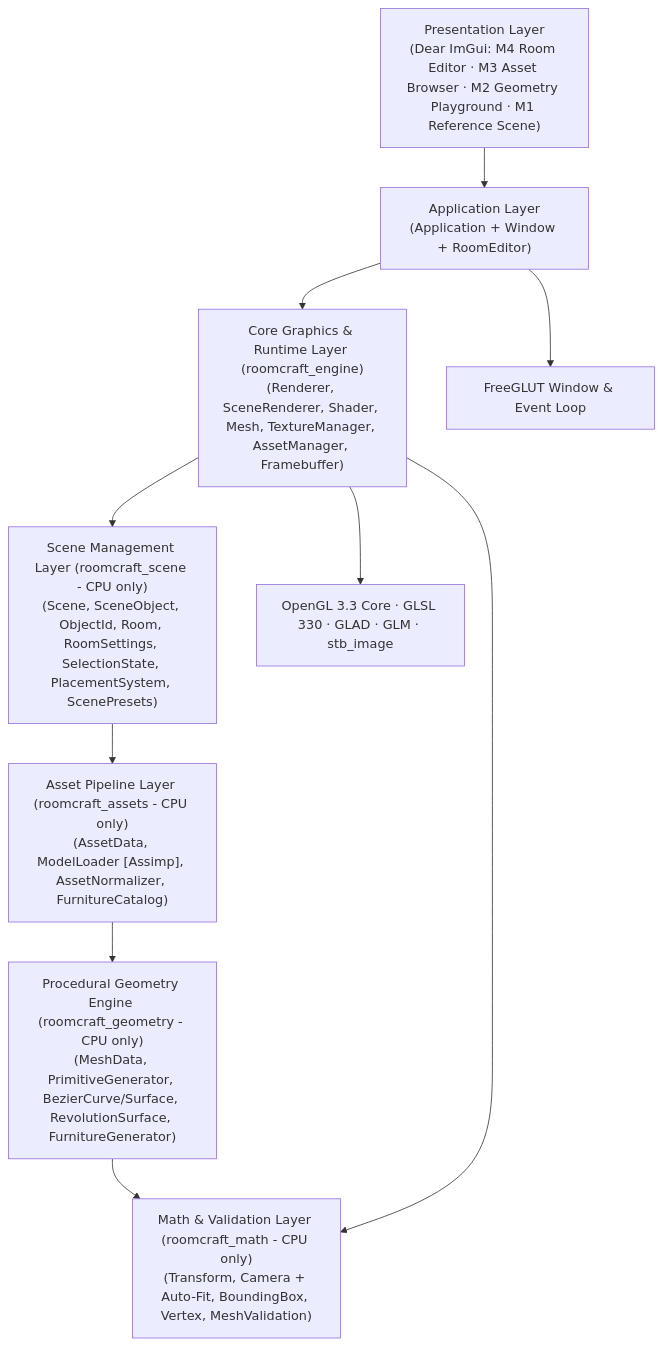
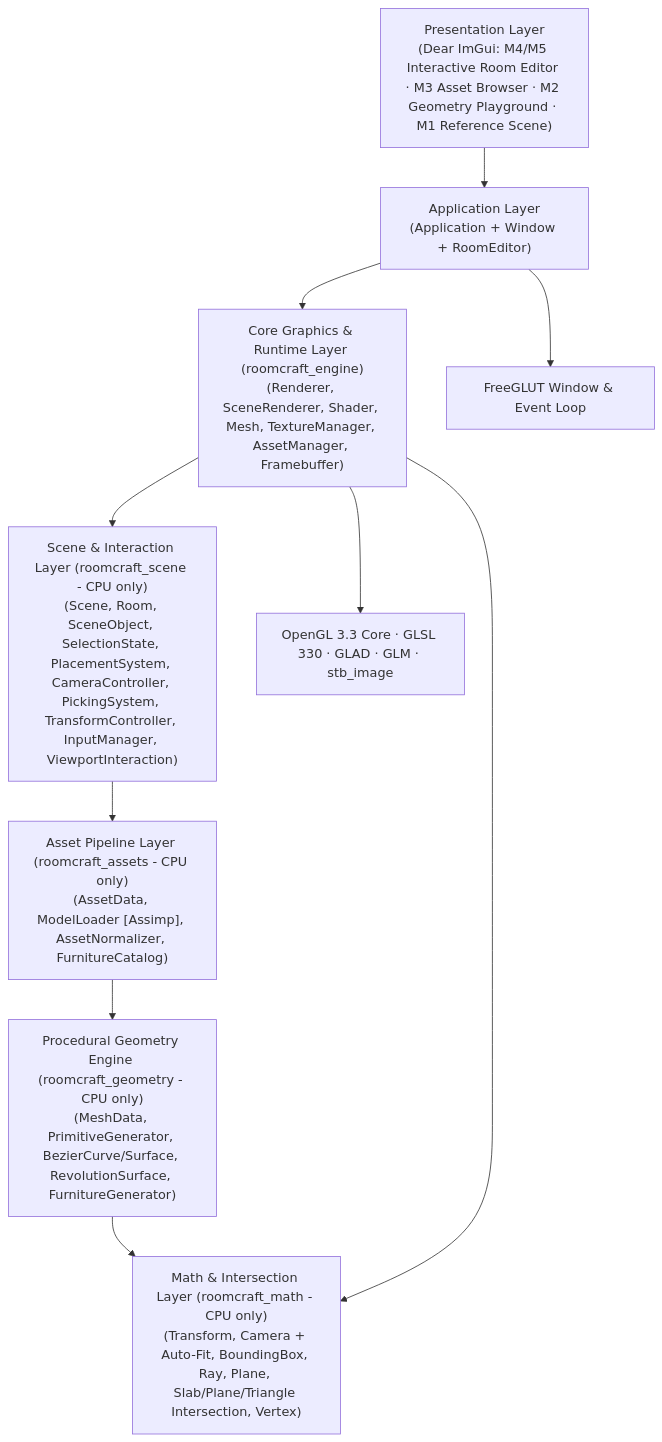
Before and after one commit to Eddy-hoang/Room-craft-3d: the diagram in docs/ARCHITECTURE.md, drawn with Mermaid. The commit also changed other lines of this file and 40 other files, not shown here.

Commit message:
M5 — Camera, Object Picking & Interactive Transformation

````diff
--- a/docs/ARCHITECTURE.md
+++ b/docs/ARCHITECTURE.md
@@ -5,12 +5,12 @@
 ```mermaid
 flowchart TD
-    UI["Presentation Layer\n(Dear ImGui: M4 Room Editor · M3 Asset Browser · M2 Geometry Playground · M1 Reference Scene)"] --> APP["Application Layer\n(Application + Window + RoomEditor)"]
+    UI["Presentation Layer\n(Dear ImGui: M4/M5 Interactive Room Editor · M3 Asset Browser · M2 Geometry Playground · M1 Reference Scene)"] --> APP["Application Layer\n(Application + Window + RoomEditor)"]
     APP --> GFX["Core Graphics & Runtime Layer (roomcraft_engine)\n(Renderer, SceneRenderer, Shader, Mesh, TextureManager, AssetManager, Framebuffer)"]
-    GFX --> SCENE["Scene Management Layer (roomcraft_scene - CPU only)\n(Scene, SceneObject, ObjectId, Room, RoomSettings, SelectionState, PlacementSystem, ScenePresets)"]
+    GFX --> SCENE["Scene & Interaction Layer (roomcraft_scene - CPU only)\n(Scene, Room, SceneObject, SelectionState, PlacementSystem, CameraController, PickingSystem, TransformController, InputManager, ViewportInteraction)"]
     SCENE --> ASSETS["Asset Pipeline Layer (roomcraft_assets - CPU only)\n(AssetData, ModelLoader [Assimp], AssetNormalizer, FurnitureCatalog)"]
     ASSETS --> GEO["Procedural Geometry Engine (roomcraft_geometry - CPU only)\n(MeshData, PrimitiveGenerator, BezierCurve/Surface, RevolutionSurface, FurnitureGenerator)"]
-    GEO --> MATH["Math & Validation Layer (roomcraft_math - CPU only)\n(Transform, Camera + Auto-Fit, BoundingBox, Vertex, MeshValidation)"]
+    GEO --> MATH["Math & Intersection Layer (roomcraft_math - CPU only)\n(Transform, Camera + Auto-Fit, BoundingBox, Ray, Plane, Slab/Plane/Triangle Intersection, Vertex)"]
     GFX --> MATH
     GFX --> GL["OpenGL 3.3 Core · GLSL 330 · GLAD · GLM · stb_image"]
     APP --> GLUT["FreeGLUT Window & Event Loop"]
 ```
````
